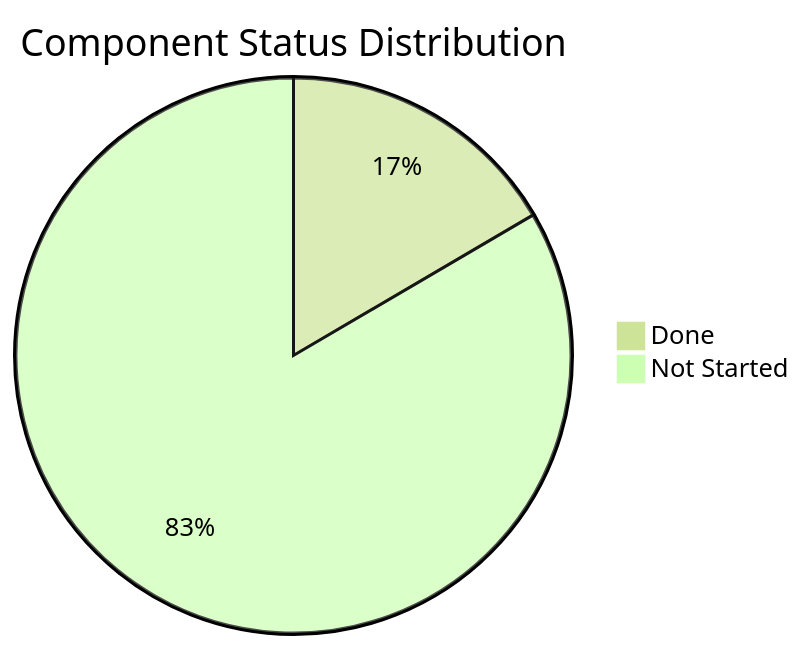
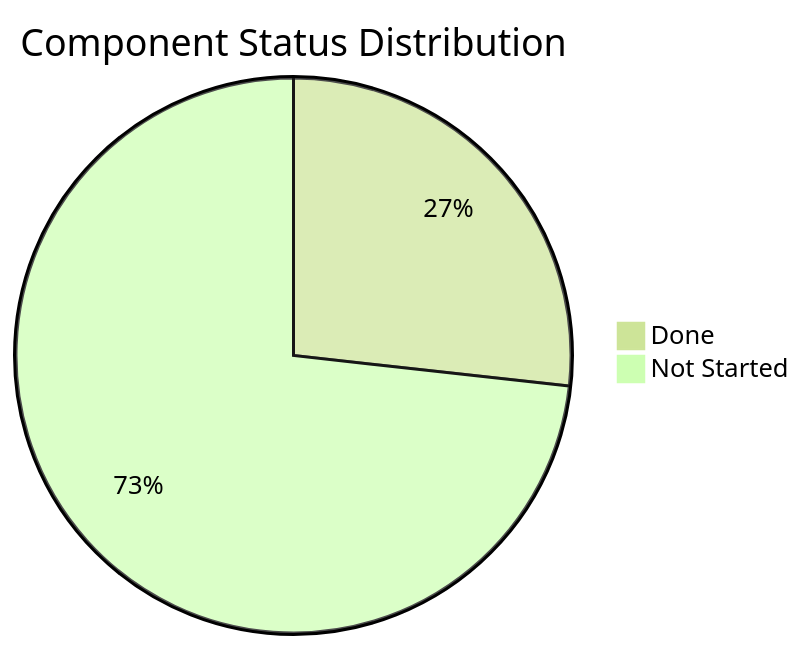
One commit to thisisashwinks/HighRise-Tokens changed the first of 3 diagrams in PROJECT_STATUS_TRACKER.md. Above: the diagram before and after it, drawn with Mermaid (forest theme). The commit also changed other lines of this file and 5 other files, not shown here.

````diff
--- a/PROJECT_STATUS_TRACKER.md
+++ b/PROJECT_STATUS_TRACKER.md
@@ -327,5 +356,5 @@
 ```mermaid
 pie title Component Status Distribution
-    "Done" : 26
-    "Not Started" : 131
+    "Done" : 42
+    "Not Started" : 115
 ```
````
